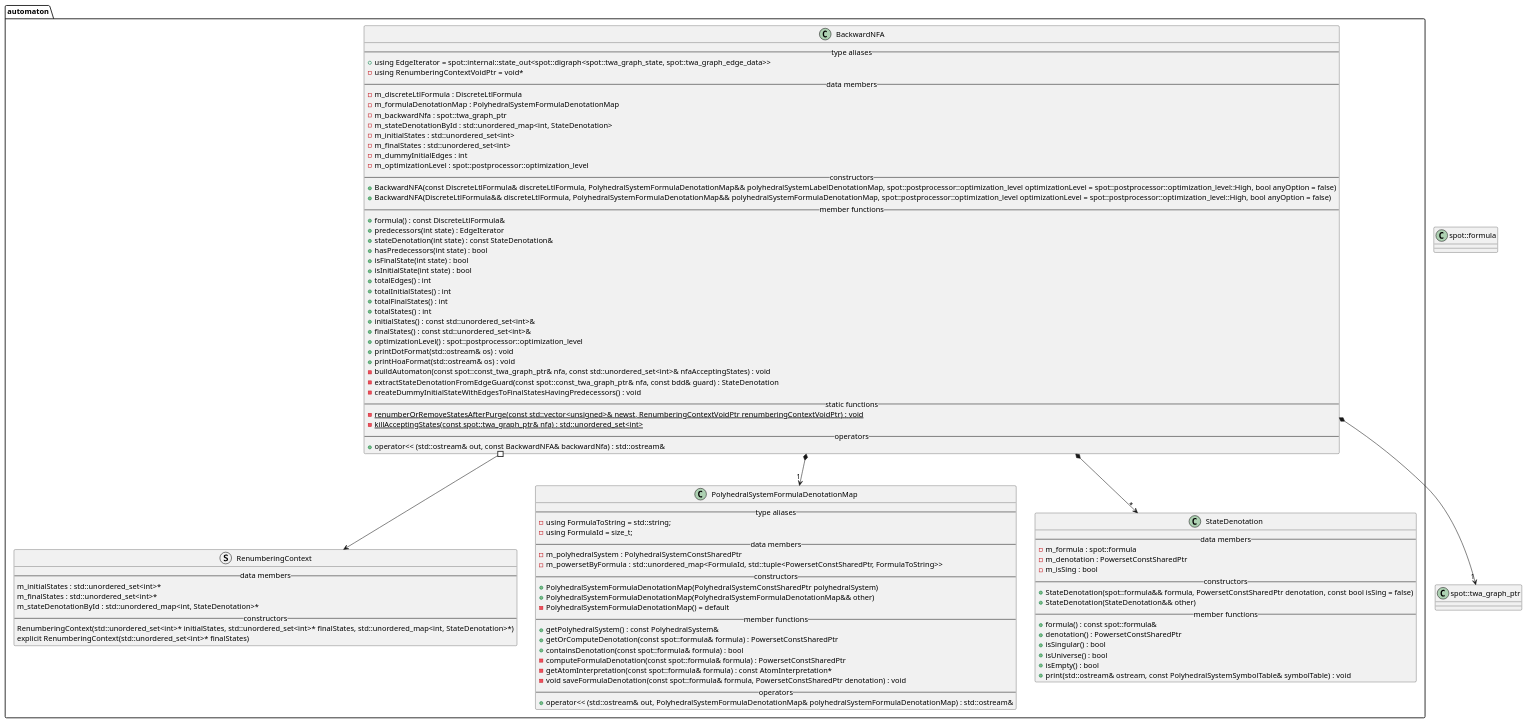
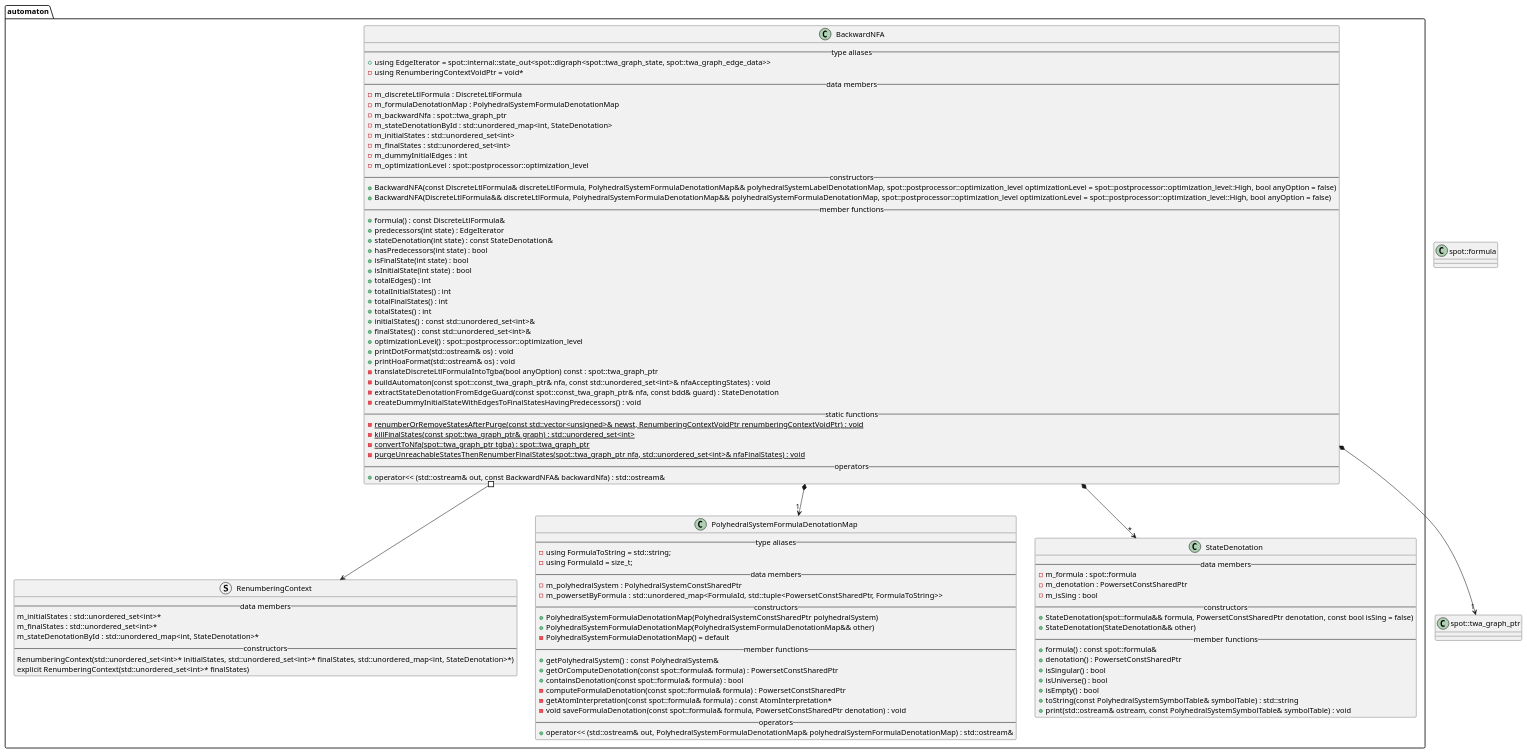
One commit to vtramo/rtl-mc changed the diagram in docs/plantuml/automaton.puml. Above: the diagram before and after it, drawn with PlantUML. The commit also changed 2 other files, not shown here.

Commit message:
docs: update UML class diagrams

```diff
--- a/docs/plantuml/automaton.puml
+++ b/docs/plantuml/automaton.puml
@@ -1,104 +1,108 @@
 @startuml
 
 /' Objects '/
 package automaton {
     class BackwardNFA {
         --type aliases--
         +using EdgeIterator = spot::internal::state_out<spot::digraph<spot::twa_graph_state, spot::twa_graph_edge_data>>
         -using RenumberingContextVoidPtr = void*
         --data members--
         -m_discreteLtlFormula : DiscreteLtlFormula
         -m_formulaDenotationMap : PolyhedralSystemFormulaDenotationMap
         -m_backwardNfa : spot::twa_graph_ptr
         -m_stateDenotationById : std::unordered_map<int, StateDenotation>
         -m_initialStates : std::unordered_set<int>
         -m_finalStates : std::unordered_set<int>
         -m_dummyInitialEdges : int
         -m_optimizationLevel : spot::postprocessor::optimization_level
         --constructors--
         +BackwardNFA(const DiscreteLtlFormula& discreteLtlFormula, PolyhedralSystemFormulaDenotationMap&& polyhedralSystemLabelDenotationMap, spot::postprocessor::optimization_level optimizationLevel = spot::postprocessor::optimization_level::High, bool anyOption = false)
         +BackwardNFA(DiscreteLtlFormula&& discreteLtlFormula, PolyhedralSystemFormulaDenotationMap&& polyhedralSystemFormulaDenotationMap, spot::postprocessor::optimization_level optimizationLevel = spot::postprocessor::optimization_level::High, bool anyOption = false)
         --member functions--
         +formula() : const DiscreteLtlFormula&
         +predecessors(int state) : EdgeIterator
         +stateDenotation(int state) : const StateDenotation&
         +hasPredecessors(int state) : bool
         +isFinalState(int state) : bool
         +isInitialState(int state) : bool
         +totalEdges() : int
         +totalInitialStates() : int
         +totalFinalStates() : int
         +totalStates() : int
         +initialStates() : const std::unordered_set<int>&
         +finalStates() : const std::unordered_set<int>&
         +optimizationLevel() : spot::postprocessor::optimization_level
         +printDotFormat(std::ostream& os) : void
         +printHoaFormat(std::ostream& os) : void
+        -translateDiscreteLtlFormulaIntoTgba(bool anyOption) const : spot::twa_graph_ptr
         -buildAutomaton(const spot::const_twa_graph_ptr& nfa, const std::unordered_set<int>& nfaAcceptingStates) : void
         -extractStateDenotationFromEdgeGuard(const spot::const_twa_graph_ptr& nfa, const bdd& guard) : StateDenotation
         -createDummyInitialStateWithEdgesToFinalStatesHavingPredecessors() : void
         --static functions--
         -{static} renumberOrRemoveStatesAfterPurge(const std::vector<unsigned>& newst, RenumberingContextVoidPtr renumberingContextVoidPtr) : void
-        -{static} killAcceptingStates(const spot::twa_graph_ptr& nfa) : std::unordered_set<int>
+        -{static} killFinalStates(const spot::twa_graph_ptr& graph) : std::unordered_set<int>
+        -{static} convertToNfa(spot::twa_graph_ptr tgba) : spot::twa_graph_ptr
+        -{static} purgeUnreachableStatesThenRenumberFinalStates(spot::twa_graph_ptr nfa, std::unordered_set<int>& nfaFinalStates) : void
         --operators--
         +operator<< (std::ostream& out, const BackwardNFA& backwardNfa) : std::ostream&
     }
 
     struct RenumberingContext {
         --data members--
         m_initialStates : std::unordered_set<int>*
         m_finalStates : std::unordered_set<int>*
         m_stateDenotationById : std::unordered_map<int, StateDenotation>*
         --constructors--
         RenumberingContext(std::unordered_set<int>* initialStates, std::unordered_set<int>* finalStates, std::unordered_map<int, StateDenotation>*)
         explicit RenumberingContext(std::unordered_set<int>* finalStates)
     }
 
     class PolyhedralSystemFormulaDenotationMap {
         --type aliases--
         -using FormulaToString = std::string;
         -using FormulaId = size_t;
         --data members--
         -m_polyhedralSystem : PolyhedralSystemConstSharedPtr
         -m_powersetByFormula : std::unordered_map<FormulaId, std::tuple<PowersetConstSharedPtr, FormulaToString>>
         --constructors--
         +PolyhedralSystemFormulaDenotationMap(PolyhedralSystemConstSharedPtr polyhedralSystem)
         +PolyhedralSystemFormulaDenotationMap(PolyhedralSystemFormulaDenotationMap&& other)
         -PolyhedralSystemFormulaDenotationMap() = default
         --member functions--
         +getPolyhedralSystem() : const PolyhedralSystem&
         +getOrComputeDenotation(const spot::formula& formula) : PowersetConstSharedPtr
         +containsDenotation(const spot::formula& formula) : bool
         -computeFormulaDenotation(const spot::formula& formula) : PowersetConstSharedPtr
         -getAtomInterpretation(const spot::formula& formula) : const AtomInterpretation*
         -void saveFormulaDenotation(const spot::formula& formula, PowersetConstSharedPtr denotation) : void
         --operators--
         +operator<< (std::ostream& out, PolyhedralSystemFormulaDenotationMap& polyhedralSystemFormulaDenotationMap) : std::ostream&
     }
 
     class StateDenotation {
         --data members--
         -m_formula : spot::formula
         -m_denotation : PowersetConstSharedPtr
         -m_isSing : bool
         --constructors--
         +StateDenotation(spot::formula&& formula, PowersetConstSharedPtr denotation, const bool isSing = false)
         +StateDenotation(StateDenotation&& other)
         --member functions--
         +formula() : const spot::formula&
         +denotation() : PowersetConstSharedPtr
         +isSingular() : bool
         +isUniverse() : bool
         +isEmpty() : bool
+        +toString(const PolyhedralSystemSymbolTable& symbolTable) : std::string
         +print(std::ostream& ostream, const PolyhedralSystemSymbolTable& symbolTable) : void
     }
 }
 
 class spot::twa_graph_ptr {}
 class spot::formula {}
 
 BackwardNFA *--> "1" spot::twa_graph_ptr
 BackwardNFA *--> "1" PolyhedralSystemFormulaDenotationMap
 BackwardNFA *--> "*" StateDenotation
 BackwardNFA #--> RenumberingContext
 @enduml
```
